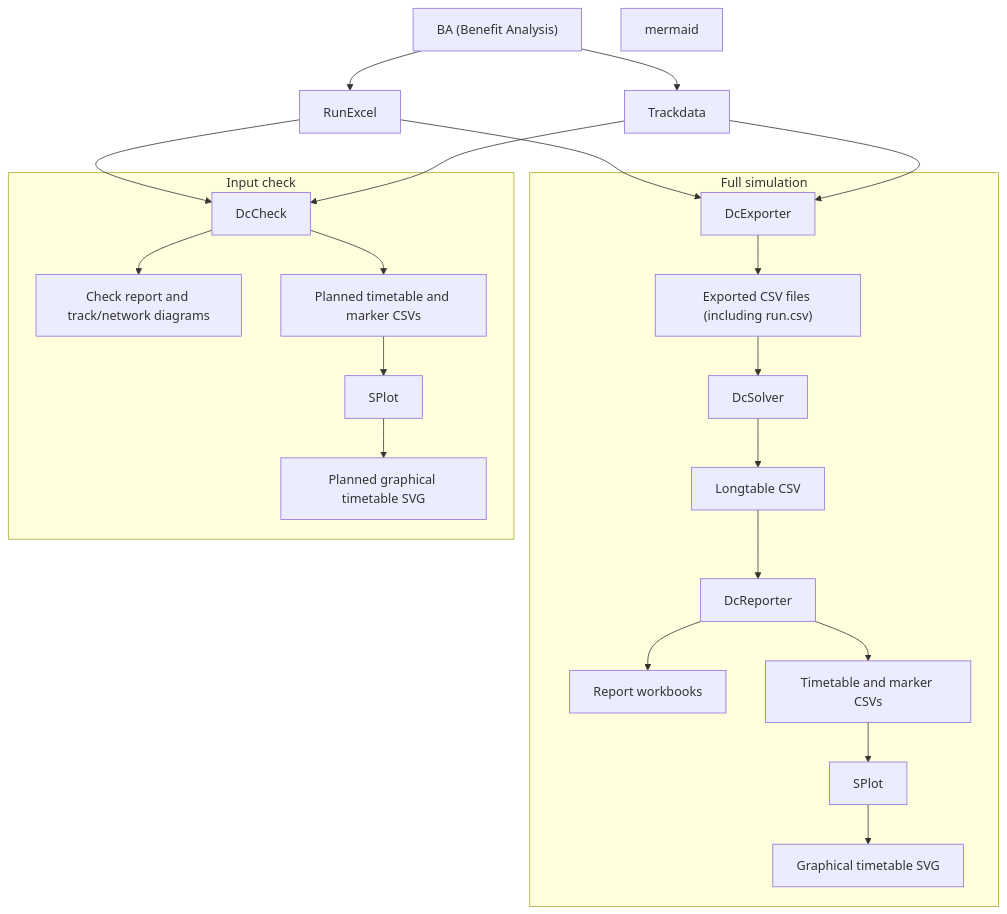
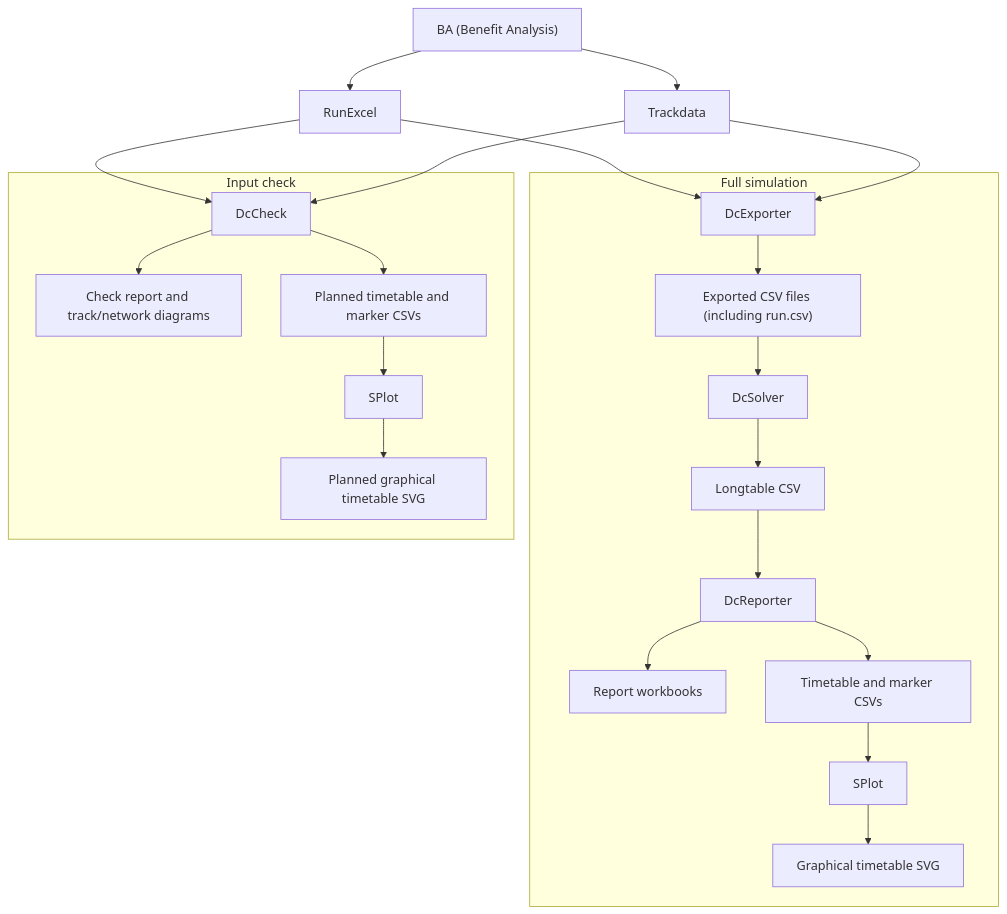
One commit to mariolagos/dc-simulator changed the diagram in docs/images/architecture_overview.md. Above: the diagram before and after it, drawn with Mermaid. The commit also changed 5 other files, not shown here.

````diff
--- a/docs/images/architecture_overview.md
+++ b/docs/images/architecture_overview.md
@@ -1,26 +1,25 @@
 ```mermaid
 flowchart TD
    BA["BA (Benefit Analysis)"] --> RE["RunExcel"]
    BA --> TD["Trackdata"]
-   mermaid
    subgraph Simulation["Full simulation"]
       EX["DcExporter"] --> CSV["Exported CSV files (including run.csv)"]
       CSV --> SOL["DcSolver"]
       SOL --> LT["Longtable CSV"]
       LT --> REP["DcReporter"]
       REP --> REPORTS["Report workbooks"]
       REP --> GT["Timetable and marker CSVs"]
       GT --> SP["SPlot"]
       SP --> SVG["Graphical timetable SVG"]
    end
    subgraph Check["Input check"]
       DC["DcCheck"] --> DIAG["Check report and track/network diagrams"]
       DC --> PLAN["Planned timetable and marker CSVs"]
       PLAN --> SPC["SPlot"]
       SPC --> SVGC["Planned graphical timetable SVG"]
    end
    RE --> EX
    TD --> EX
    RE --> DC
    TD --> DC
 ```
````
